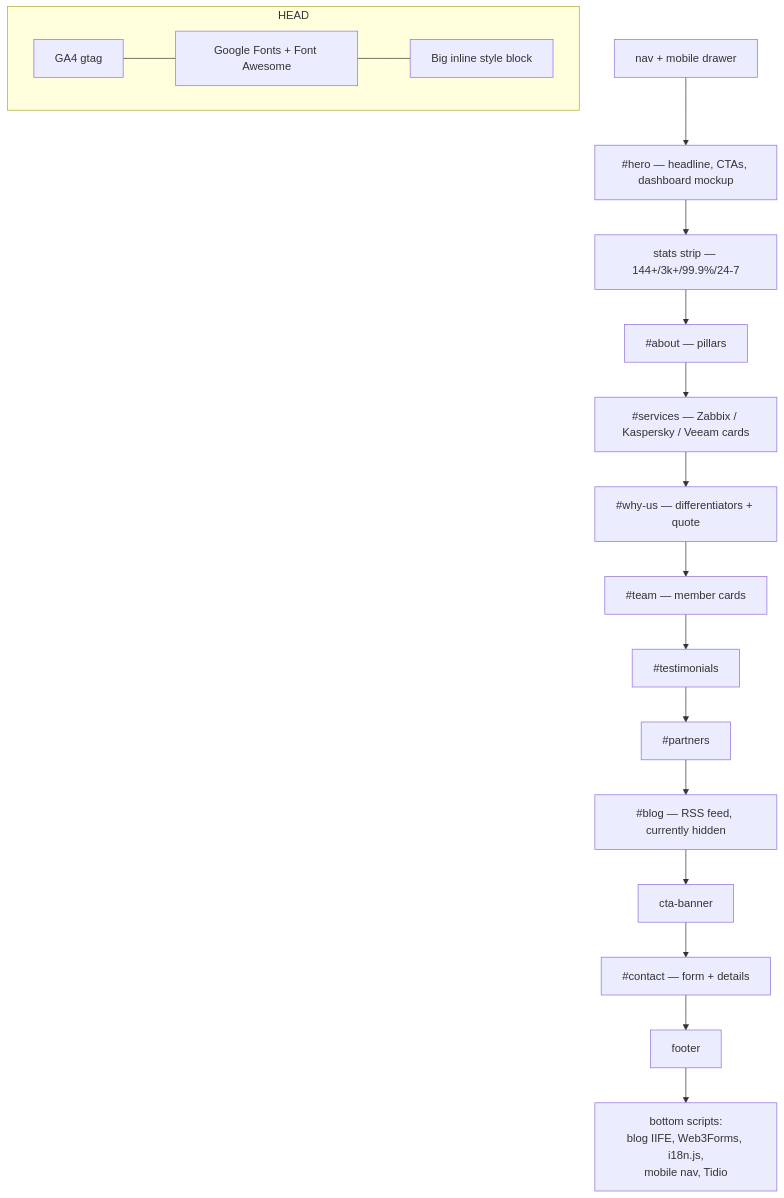
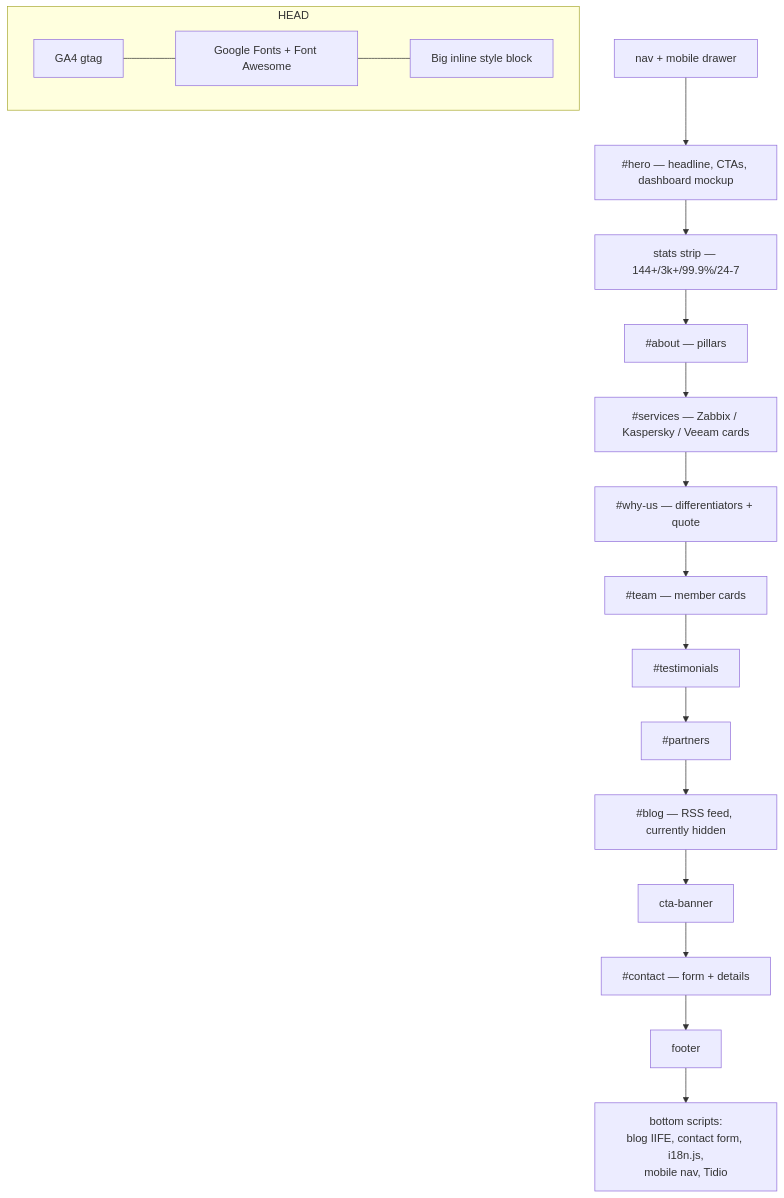
Before and after one commit to andrelcezar/glctech: the first of 5 diagrams in docs/ARCHITECTURE.md, drawn with Mermaid. The commit also changed other lines of this file and 32 other files, not shown here.

````diff
--- a/docs/ARCHITECTURE.md
+++ b/docs/ARCHITECTURE.md
@@ -124,19 +126,19 @@
 ```mermaid
 flowchart TD
     subgraph head["HEAD"]
       GA[GA4 gtag] --- FONTS[Google Fonts + Font Awesome] --- CSS["Big inline style block"]
     end
     NAV[nav + mobile drawer] --> HERO[#hero — headline, CTAs, dashboard mockup]
     HERO --> STATS[stats strip — 144+/3k+/99.9%/24-7]
     STATS --> ABOUT[#about — pillars]
     ABOUT --> SERV[#services — Zabbix / Kaspersky / Veeam cards]
     SERV --> WHY[#why-us — differentiators + quote]
     WHY --> TEAM[#team — member cards]
     TEAM --> TESTI[#testimonials]
     TESTI --> PART[#partners]
     PART --> BLOG[#blog — RSS feed, currently hidden]
     BLOG --> CTA[cta-banner]
     CTA --> CONTACT[#contact — form + details]
     CONTACT --> FOOT[footer]
-    FOOT --> SCRIPTS[bottom scripts:<br/>blog IIFE, Web3Forms, i18n.js,<br/>mobile nav, Tidio]
+    FOOT --> SCRIPTS[bottom scripts:<br/>blog IIFE, contact form, i18n.js,<br/>mobile nav, Tidio]
 ```
````
